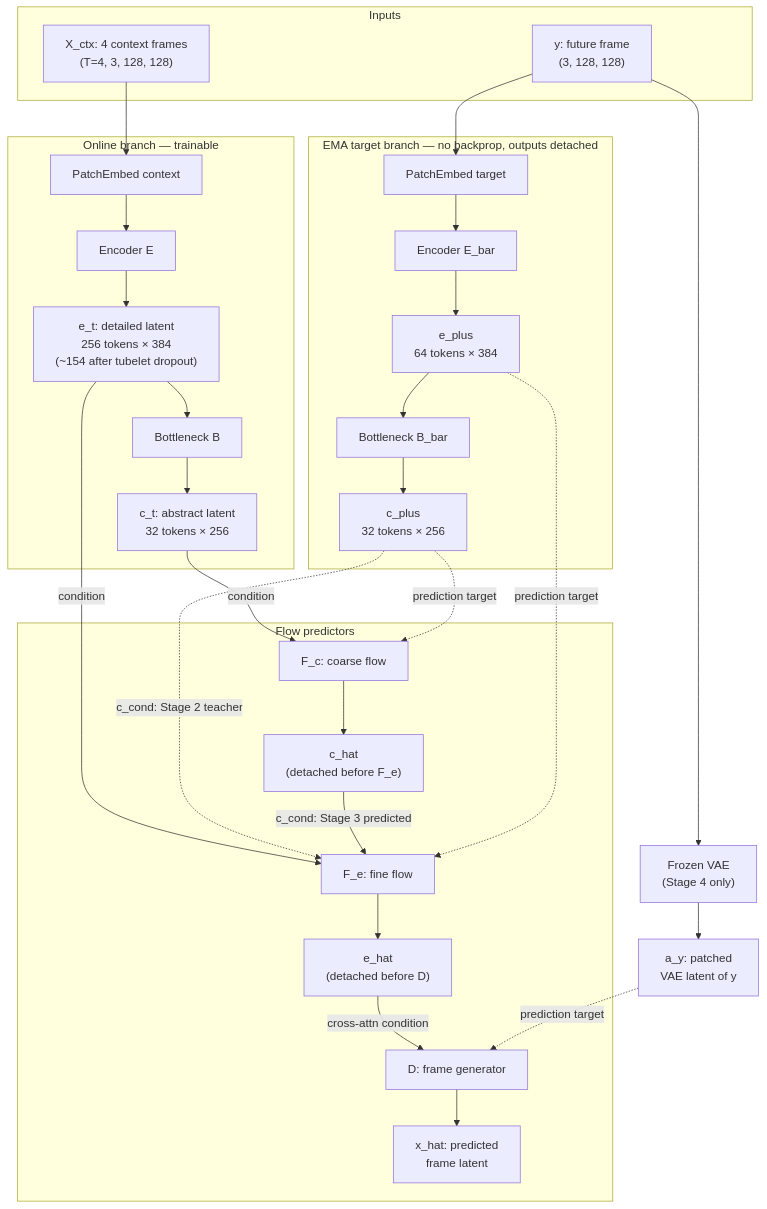
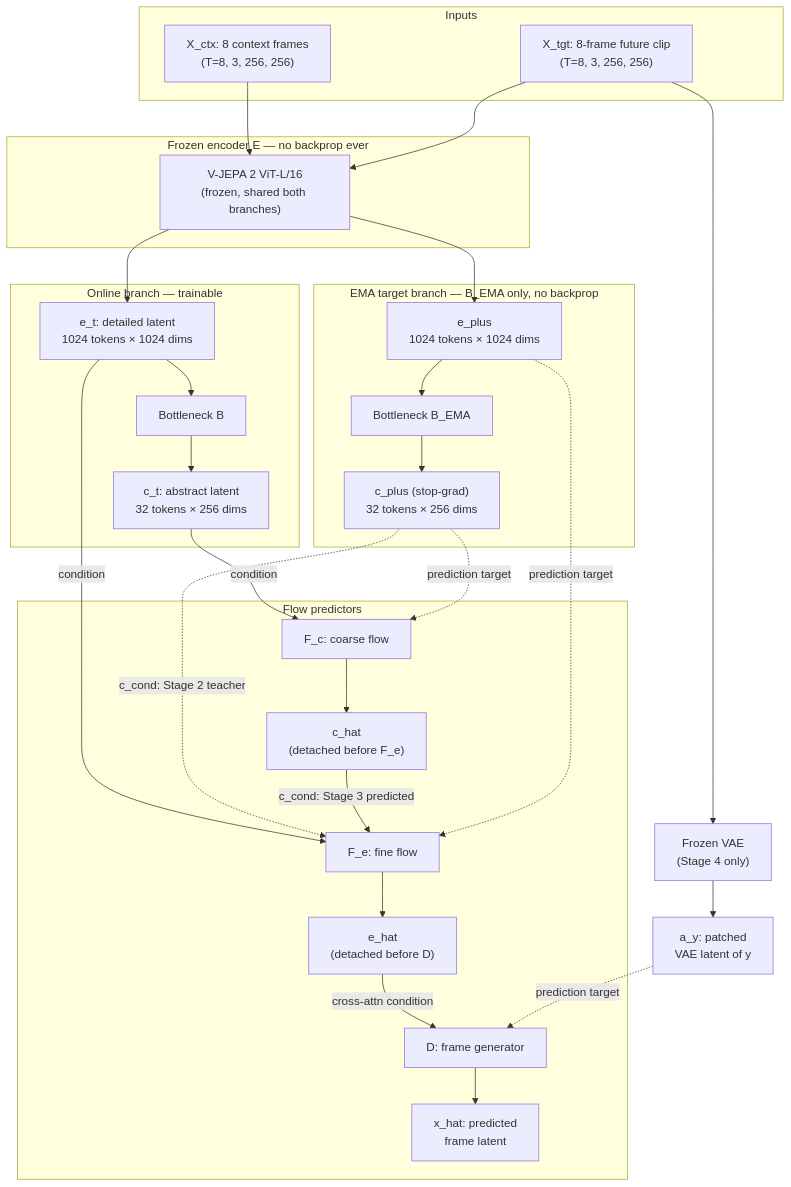
Before and after one commit to ShashwatM3/HJEPA-VWM: the first of 3 diagrams in YOUR_FILES/ARCHITECTURE_AND_PHASES_GUIDE.md, drawn with Mermaid. The commit also changed other lines of this file and 23 other files, not shown here.

First line of the commit message:
Implement Phase 1 v0.2: frozen V-JEPA 2 encoder, variance floor, clip-level targets

````diff
--- a/YOUR_FILES/ARCHITECTURE_AND_PHASES_GUIDE.md
+++ b/YOUR_FILES/ARCHITECTURE_AND_PHASES_GUIDE.md
@@ -66,56 +73,55 @@
 ```mermaid
 flowchart TB
     subgraph inputs [Inputs]
-        X_ctx["X_ctx: 4 context frames<br/>(T=4, 3, 128, 128)"]
-        y["y: future frame<br/>(3, 128, 128)"]
+        X_ctx["X_ctx: 8 context frames\n(T=8, 3, 256, 256)"]
+        X_tgt["X_tgt: 8-frame future clip\n(T=8, 3, 256, 256)"]
+    end
+
+    subgraph shared [Frozen encoder E — no backprop ever]
+        E["V-JEPA 2 ViT-L/16\n(frozen, shared both branches)"]
     end
 
     subgraph online [Online branch — trainable]
-        PE_ctx[PatchEmbed context]
-        E[Encoder E]
-        e_t["e_t: detailed latent<br/>256 tokens × 384<br/>(~154 after tubelet dropout)"]
+        e_t["e_t: detailed latent\n1024 tokens × 1024 dims"]
         B[Bottleneck B]
-        c_t["c_t: abstract latent<br/>32 tokens × 256"]
-        PE_ctx --> E --> e_t --> B --> c_t
+        c_t["c_t: abstract latent\n32 tokens × 256 dims"]
+        e_t --> B --> c_t
     end
 
-    subgraph target [EMA target branch — no backprop, outputs detached]
-        PE_tgt[PatchEmbed target]
-        E_bar[Encoder E_bar]
-        e_plus["e_plus<br/>64 tokens × 384"]
-        B_bar[Bottleneck B_bar]
-        c_plus["c_plus<br/>32 tokens × 256"]
-        PE_tgt --> E_bar --> e_plus --> B_bar --> c_plus
+    subgraph target [EMA target branch — B_EMA only, no backprop]
+        e_plus["e_plus\n1024 tokens × 1024 dims"]
+        B_EMA[Bottleneck B_EMA]
+        c_plus["c_plus  (stop-grad)\n32 tokens × 256 dims"]
+        e_plus --> B_EMA --> c_plus
     end
 
     subgraph flows [Flow predictors]
         F_c["F_c: coarse flow"]
-        c_hat["c_hat<br/>(detached before F_e)"]
+        c_hat["c_hat\n(detached before F_e)"]
         F_e["F_e: fine flow"]
-        e_hat["e_hat<br/>(detached before D)"]
+        e_hat["e_hat\n(detached before D)"]
         D["D: frame generator"]
-        x_hat["x_hat: predicted<br/>frame latent"]
+        x_hat["x_hat: predicted\nframe latent"]
         F_c --> c_hat
         F_e --> e_hat
         D --> x_hat
     end
 
-    VAE["Frozen VAE<br/>(Stage 4 only)"]
-    a_y["a_y: patched<br/>VAE latent of y"]
+    VAE["Frozen VAE\n(Stage 4 only)"]
+    a_y["a_y: patched\nVAE latent of y"]
 
-    X_ctx --> PE_ctx
-    y --> PE_tgt
-    y --> VAE
-    VAE --> a_y
+    X_ctx --> E --> e_t
+    X_tgt --> E --> e_plus
+    X_tgt --> VAE --> a_y
 
     c_t -->|condition| F_c
     c_plus -.->|prediction target| F_c
 
     e_t -->|condition| F_e
     c_plus -.->|c_cond: Stage 2 teacher| F_e
     c_hat -->|c_cond: Stage 3 predicted| F_e
     e_plus -.->|prediction target| F_e
 
     e_hat -->|cross-attn condition| D
     a_y -.->|prediction target| D
 ```
````
